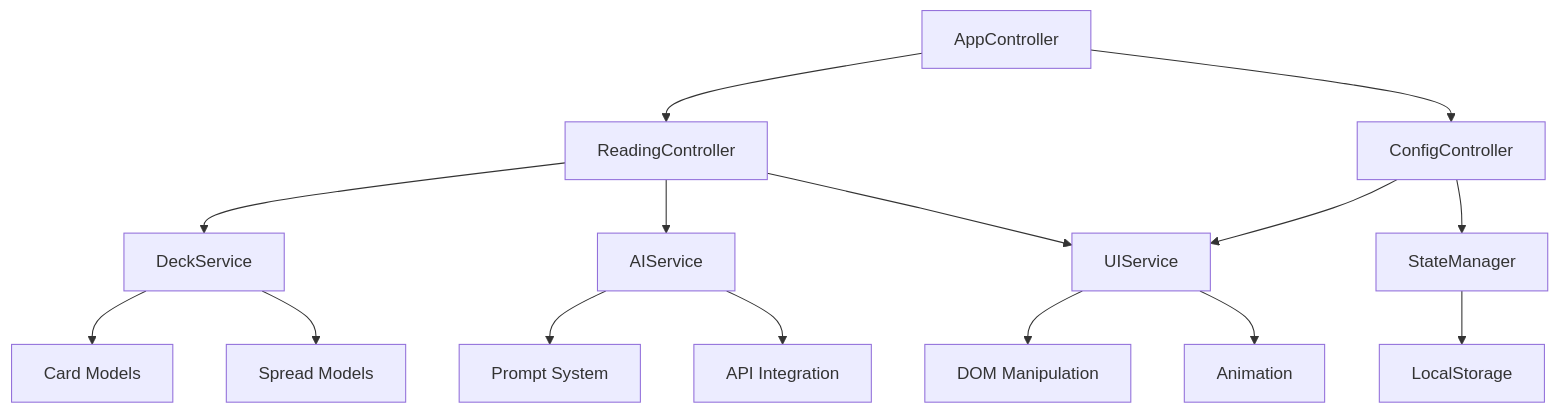
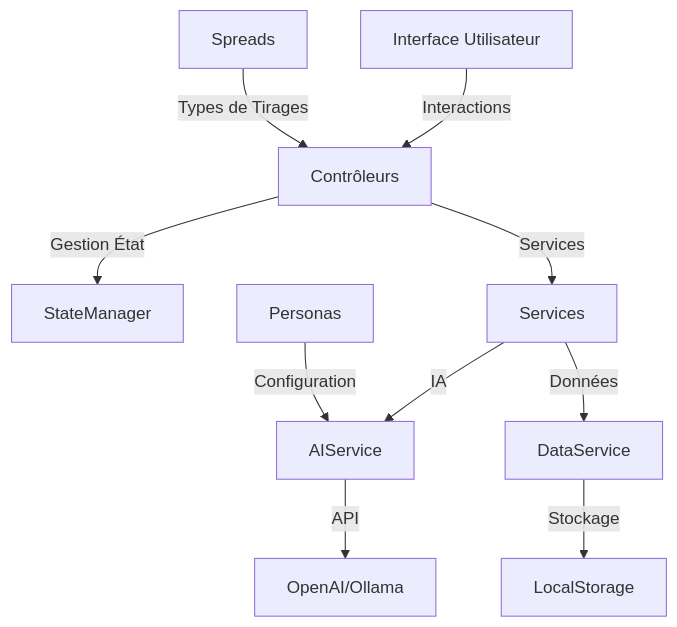
One commit to habib256/jodotarot changed the diagram in docs/architecture/vue-ensemble.md. Above: the diagram before and after it, drawn with Mermaid. The commit also changed other lines of this file and 42 other files, not shown here.

````diff
--- a/docs/architecture/vue-ensemble.md
+++ b/docs/architecture/vue-ensemble.md
@@ -45,23 +9,12 @@
 ```mermaid
 graph TD
-    A[AppController] --> B[ReadingController]
-    A --> C[ConfigController]
-    
-    B --> D[DeckService]
-    B --> E[AIService]
-    B --> F[UIService]
-    
-    C --> F
-    C --> G[StateManager]
-    
-    D --> H[Card Models]
-    D --> I[Spread Models]
-    
-    E --> J[Prompt System]
-    E --> K[API Integration]
-    
-    F --> L[DOM Manipulation]
-    F --> M[Animation]
-    
-    G --> N[LocalStorage]
+    A[Interface Utilisateur] -->|Interactions| B[Contrôleurs]
+    B -->|Gestion État| C[StateManager]
+    B -->|Services| D[Services]
+    D -->|IA| E[AIService]
+    E -->|API| F[OpenAI/Ollama]
+    D -->|Données| G[DataService]
+    G -->|Stockage| H[LocalStorage]
+    I[Personas] -->|Configuration| E
+    J[Spreads] -->|Types de Tirages| B
 ```
````
